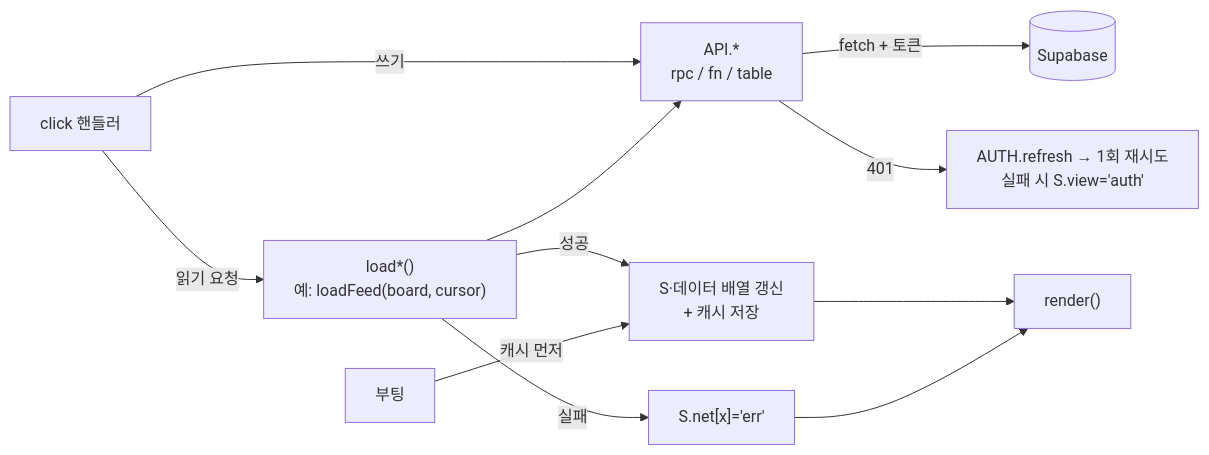
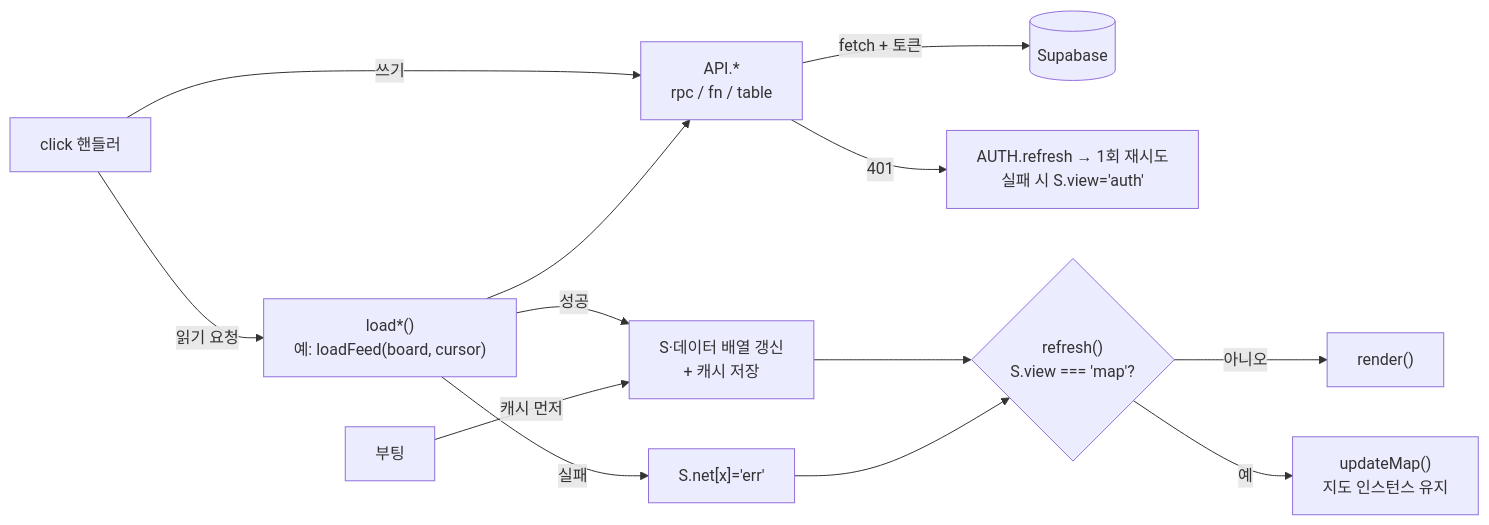
The fourth of 9 diagrams in docs/architecture/rfc/0001-m1-backend-foundation.md (underthesun7213/yui-board), drawn with Mermaid before and after one commit. The commit also changed other lines of this file and 13 other files, not shown here.

First line of the commit message:
Address architecture review findings

````diff
--- a/docs/architecture/rfc/0001-m1-backend-foundation.md
+++ b/docs/architecture/rfc/0001-m1-backend-foundation.md
@@ -256,13 +257,15 @@
 ```mermaid
 flowchart LR
   E[click 핸들러] -->|읽기 요청| LD["load*()<br/>예: loadFeed(board, cursor)"]
   E -->|쓰기| AP["API.*<br/>rpc / fn / table"]
   LD --> AP
   AP -->|fetch + 토큰| NET[(Supabase)]
   AP -->|401| AU[AUTH.refresh → 1회 재시도<br/>실패 시 S.view='auth']
   LD -->|성공| ST["S·데이터 배열 갱신<br/>+ 캐시 저장"]
   LD -->|실패| ER["S.net[x]='err'"]
-  ST --> R["render()"]
-  ER --> R
+  ST --> RF{"refresh()<br/>S.view === 'map'?"}
+  ER --> RF
+  RF -->|아니오| R["render()"]
+  RF -->|예| UM["updateMap()<br/>지도 인스턴스 유지"]
   BOOT[부팅] -->|캐시 먼저| ST
 ```
````
